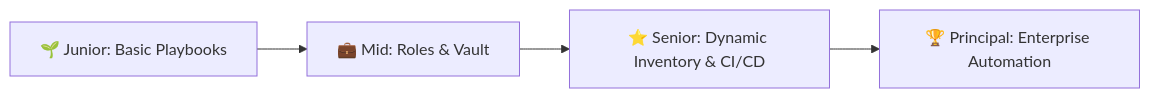
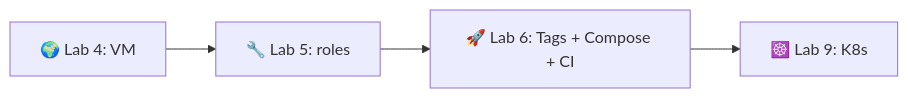
The eighth of 8 diagrams in lectures/lec5.md (inno-devops-labs/DevOps-Core-Course), drawn with Mermaid before and after one commit. The commit also changed other lines of this file and 24 other files, not shown here.

````diff
--- a/lectures/lec5.md
+++ b/lectures/lec5.md
@@ -710,6 +584,4 @@
 ```mermaid
 flowchart LR
-  Junior[🌱 Junior: Basic Playbooks] --> Mid[💼 Mid: Roles & Vault]
-  Mid --> Senior[⭐ Senior: Dynamic Inventory & CI/CD]
-  Senior --> Principal[🏆 Principal: Enterprise Automation]
+  Lab4[🌍 Lab 4: VM] --> Lab5[🔧 Lab 5: roles] --> Lab6[🚀 Lab 6: Tags + Compose + CI] --> Lab9[☸️ Lab 9: K8s]
 ```
````
